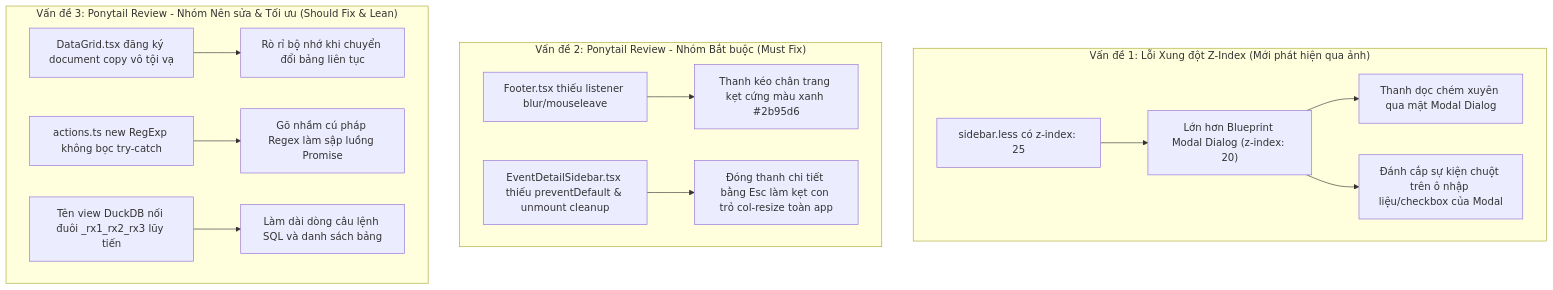
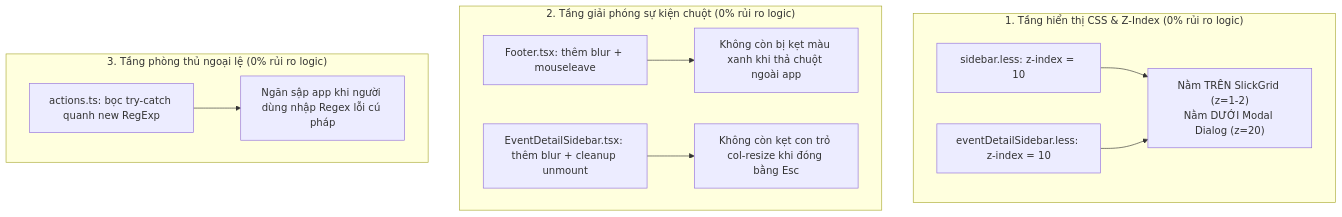
One commit to p1rkr41n/toad_electron changed the diagram in mockup/KE_HOACH_TOI_UU_VA_FIX_TOAD_V2.0.12.md. Above: the diagram before and after it, drawn with Mermaid. The commit also changed other lines of this file and 4 other files, not shown here.

````diff
--- a/mockup/KE_HOACH_TOI_UU_VA_FIX_TOAD_V2.0.12.md
+++ b/mockup/KE_HOACH_TOI_UU_VA_FIX_TOAD_V2.0.12.md
@@ -9,19 +23,17 @@
 ```mermaid
 flowchart TD
-    subgraph S1["Vấn đề 1: Lỗi Xung đột Z-Index (Mới phát hiện qua ảnh)"]
-        A["sidebar.less có z-index: 25"] --> B["Lớn hơn Blueprint Modal Dialog (z-index: 20)"]
-        B --> C["Thanh dọc chém xuyên qua mặt Modal Dialog"]
-        B --> D["Đánh cắp sự kiện chuột trên ô nhập liệu/checkbox của Modal"]
+    subgraph UI_Visual["1. Tầng hiển thị CSS & Z-Index (0% rủi ro logic)"]
+        A["sidebar.less: z-index = 10"]
+        B["eventDetailSidebar.less: z-index = 10"]
+        A & B --> C["Nằm TRÊN SlickGrid (z=1-2)<br/>Nằm DƯỚI Modal Dialog (z=20)"]
     end
 
-    subgraph S2["Vấn đề 2: Ponytail Review - Nhóm Bắt buộc (Must Fix)"]
-        E["Footer.tsx thiếu listener blur/mouseleave"] --> F["Thanh kéo chân trang kẹt cứng màu xanh #2b95d6"]
-        G["EventDetailSidebar.tsx thiếu preventDefault & unmount cleanup"] --> H["Đóng thanh chi tiết bằng Esc làm kẹt con trỏ col-resize toàn app"]
+    subgraph Event_Safety["2. Tầng giải phóng sự kiện chuột (0% rủi ro logic)"]
+        D["Footer.tsx: thêm blur + mouseleave"] --> E["Không còn bị kẹt màu xanh khi thả chuột ngoài app"]
+        F["EventDetailSidebar.tsx: thêm blur + cleanup unmount"] --> G["Không còn kẹt con trỏ col-resize khi đóng bằng Esc"]
     end
 
-    subgraph S3["Vấn đề 3: Ponytail Review - Nhóm Nên sửa & Tối ưu (Should Fix & Lean)"]
-        I["DataGrid.tsx đăng ký document copy vô tội vạ"] --> J["Rò rỉ bộ nhớ khi chuyển đổi bảng liên tục"]
-        K["actions.ts new RegExp không bọc try-catch"] --> L["Gõ nhầm cú pháp Regex làm sập luồng Promise"]
-        M["Tên view DuckDB nối đuôi _rx1_rx2_rx3 lũy tiến"] --> N["Làm dài dòng câu lệnh SQL và danh sách bảng"]
+    subgraph Fault_Tolerance["3. Tầng phòng thủ ngoại lệ (0% rủi ro logic)"]
+        H["actions.ts: bọc try-catch quanh new RegExp"] --> I["Ngăn sập app khi người dùng nhập Regex lỗi cú pháp"]
     end
 ```
````
